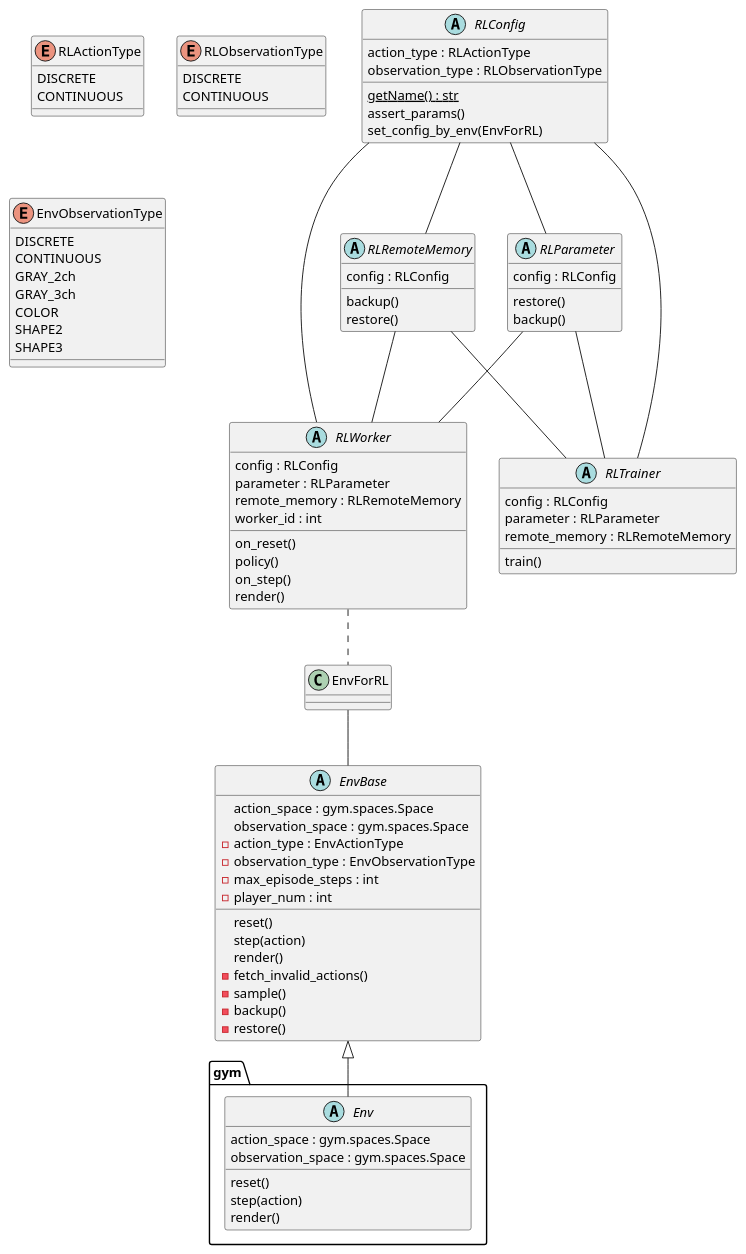
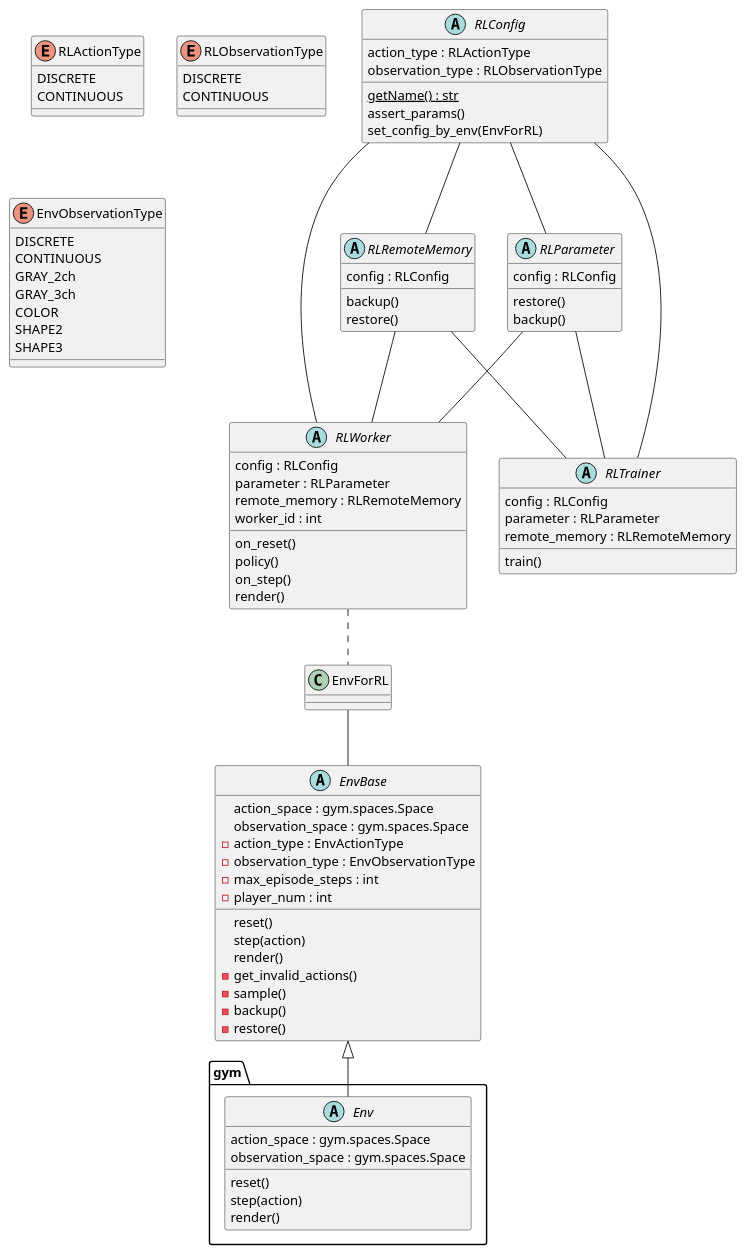
The diagram in diagrams/class.pu (pocokhc/simple_distributed_rl), drawn with PlantUML before and after one commit. The commit also changed 57 other files, not shown here.

```diff
--- a/diagrams/class.pu
+++ b/diagrams/class.pu
@@ -1,103 +1,103 @@
 @startuml
 
 abstract gym.Env {
     action_space : gym.spaces.Space
     observation_space : gym.spaces.Space
     reset()
     step(action)
     render()
 }
 
 enum RLActionType {
     DISCRETE
     CONTINUOUS
 }
 
 enum RLObservationType {
     DISCRETE
     CONTINUOUS
 }
 
 enum EnvObservationType {
     DISCRETE
     CONTINUOUS
     GRAY_2ch
     GRAY_3ch
     COLOR
     SHAPE2
     SHAPE3
 }
 
 abstract EnvBase {
     action_space : gym.spaces.Space
     observation_space : gym.spaces.Space
     reset()
     step(action)
     render()
     - action_type : EnvActionType
     - observation_type : EnvObservationType
     - max_episode_steps : int
     - player_num : int
-    - fetch_invalid_actions()
+    - get_invalid_actions()
     - sample()
     - backup()
     - restore()
 } 
 
 class EnvForRL
 
 
 abstract RLConfig {
     {static} getName() : str
     action_type : RLActionType
     observation_type : RLObservationType
     assert_params()
     set_config_by_env(EnvForRL)
 }
 
 abstract RLRemoteMemory {
     config : RLConfig
     backup()
     restore()
 }
 
 abstract RLParameter {
     config : RLConfig
     restore()
     backup()
 }
 
 abstract RLTrainer {
     config : RLConfig
     parameter : RLParameter
     remote_memory : RLRemoteMemory
     train()
 }
 
 abstract RLWorker {
     config : RLConfig
     parameter : RLParameter
     remote_memory : RLRemoteMemory
     worker_id : int
     on_reset()
     policy()
     on_step()
     render()
 }
 
 
 EnvBase <|-- gym.Env 
 EnvForRL -- EnvBase
 
 RLConfig -- RLWorker
 RLConfig -- RLTrainer
 RLConfig -- RLParameter
 RLConfig -- RLRemoteMemory
 RLParameter -- RLWorker
 RLParameter -- RLTrainer
 RLRemoteMemory -- RLWorker
 RLRemoteMemory -- RLTrainer
 
 RLWorker .. EnvForRL
 
 @enduml
```
